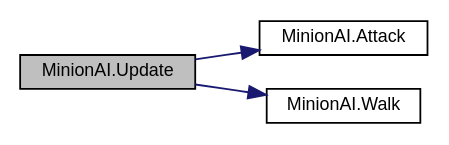
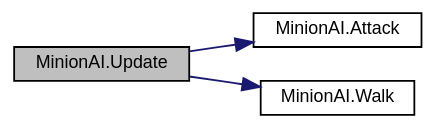
The diagram in docs/class_minion_a_i_aaac498df3854c92e7b81bc0f36071a8b_cgraph.dot (AleixFerre/TFG-Docs), drawn with Graphviz before and after one commit. The commit also changed 448 other files, not shown here.

```diff
--- a/docs/class_minion_a_i_aaac498df3854c92e7b81bc0f36071a8b_cgraph.dot
+++ b/docs/class_minion_a_i_aaac498df3854c92e7b81bc0f36071a8b_cgraph.dot
@@ -1,13 +1,14 @@
 digraph "MinionAI.Update"
 {
  // INTERACTIVE_SVG=YES
  // LATEX_PDF_SIZE
+  bgcolor="transparent";
   edge [fontname="Helvetica",fontsize="10",labelfontname="Helvetica",labelfontsize="10"];
   node [fontname="Helvetica",fontsize="10",shape=record];
   rankdir="LR";
   Node1 [label="MinionAI.Update",height=0.2,width=0.4,color="black", fillcolor="grey75", style="filled", fontcolor="black",tooltip=" "];
   Node1 -> Node2 [color="midnightblue",fontsize="10",style="solid",fontname="Helvetica"];
-  Node2 [label="MinionAI.Attack",height=0.2,width=0.4,color="black", fillcolor="white", style="filled",URL="$class_minion_a_i.html#adbc82c5f1b764d7b0e0fe202079eb84b",tooltip=" "];
+  Node2 [label="MinionAI.Attack",height=0.2,width=0.4,color="black",URL="$class_minion_a_i.html#adbc82c5f1b764d7b0e0fe202079eb84b",tooltip=" "];
   Node1 -> Node3 [color="midnightblue",fontsize="10",style="solid",fontname="Helvetica"];
-  Node3 [label="MinionAI.Walk",height=0.2,width=0.4,color="black", fillcolor="white", style="filled",URL="$class_minion_a_i.html#a867b6f918c8e4441ea49d9d926e7eec0",tooltip=" "];
+  Node3 [label="MinionAI.Walk",height=0.2,width=0.4,color="black",URL="$class_minion_a_i.html#a867b6f918c8e4441ea49d9d926e7eec0",tooltip=" "];
 }
```
